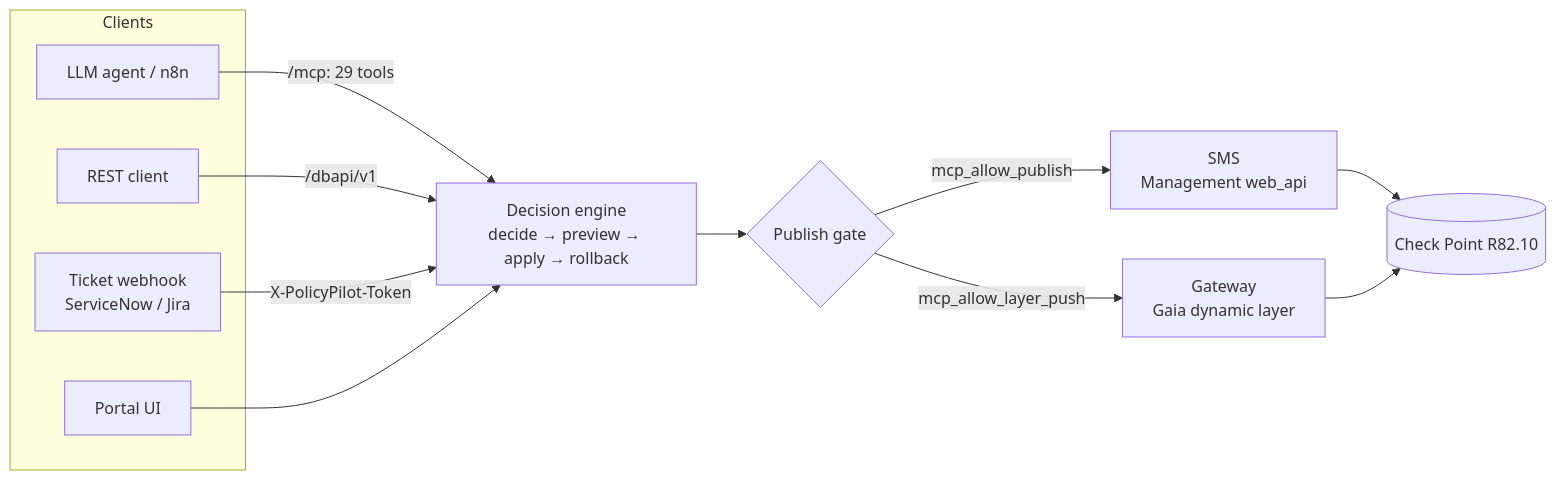
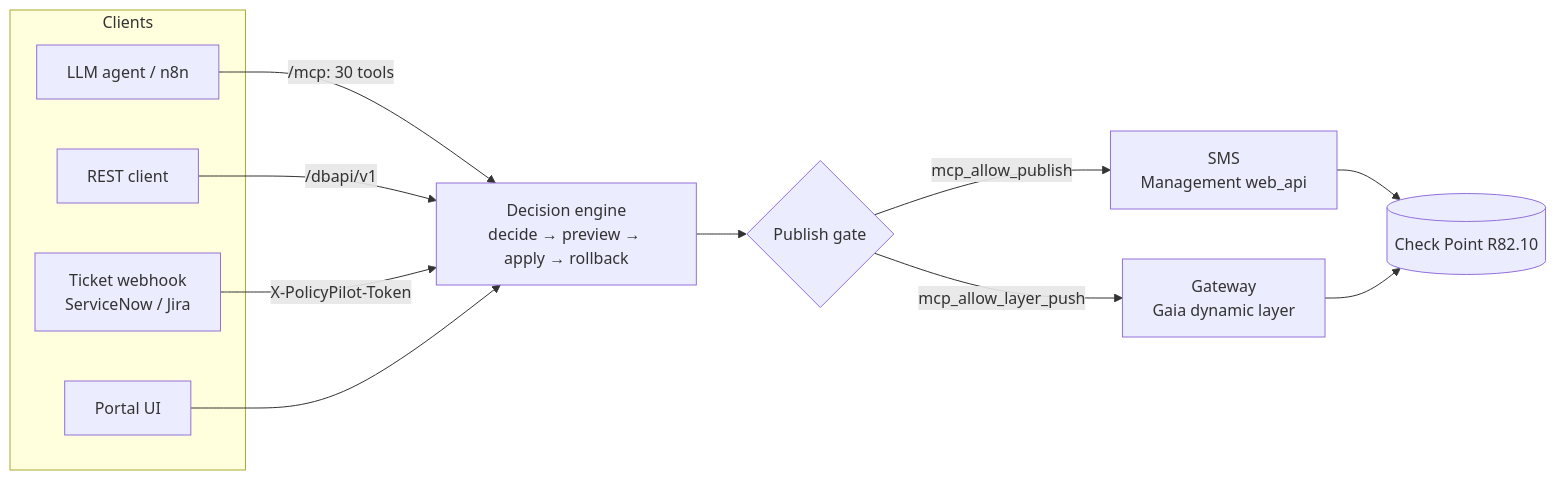
The diagram in README.md (alshawwaf/PolicyPilot), drawn with Mermaid before and after one commit. The commit also changed other lines of this file and 17 other files, not shown here.

````diff
--- a/README.md
+++ b/README.md
@@ -79,18 +79,18 @@
 ```mermaid
 flowchart LR
   subgraph Clients
     A[LLM agent / n8n]
     B[REST client]
     C["Ticket webhook<br/>ServiceNow / Jira"]
     D[Portal UI]
   end
-  A -->|"/mcp: 29 tools"| E
+  A -->|"/mcp: 30 tools"| E
   B -->|/dbapi/v1| E
   C -->|X-PolicyPilot-Token| E
   D --> E
   E["Decision engine<br/>decide → preview → apply → rollback"] --> F{Publish gate}
   F -->|mcp_allow_publish| G["SMS<br/>Management web_api"]
   F -->|mcp_allow_layer_push| H["Gateway<br/>Gaia dynamic layer"]
   G --> I[(Check Point R82.10)]
   H --> I
 ```
````
